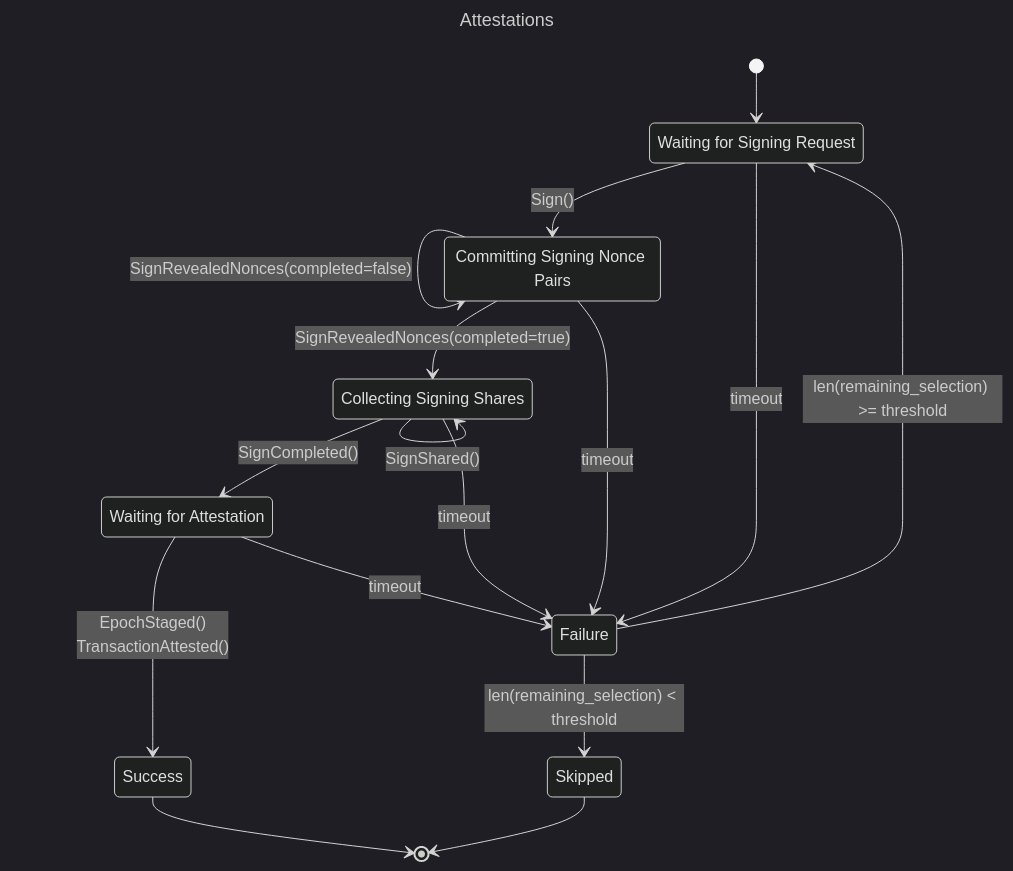
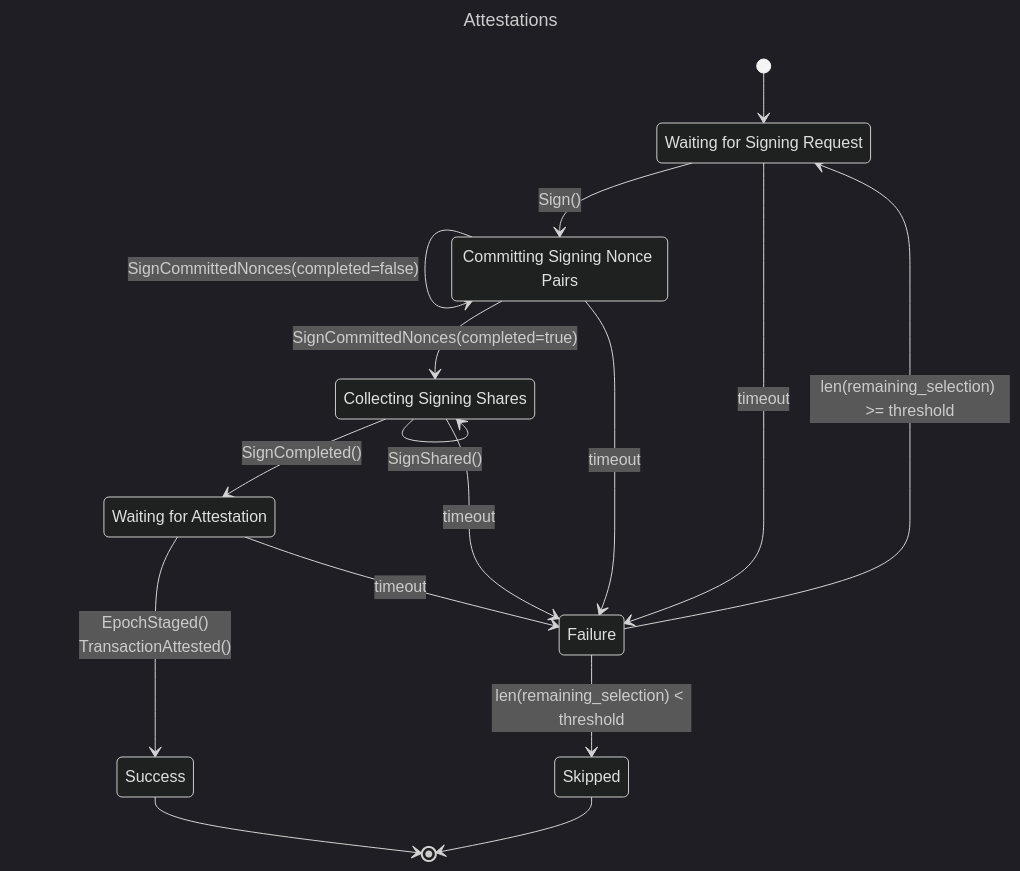
Before and after one commit to safe-research/safenet: the second of 2 diagrams in docs/overview.md, drawn with Mermaid (dark theme). The commit also changed other lines of this file and 6 other files, not shown here.

````diff
--- a/docs/overview.md
+++ b/docs/overview.md
@@ -156,35 +167,35 @@
 ```mermaid
 ---
 title: Attestations
 ---
 stateDiagram-v2
 	request : Waiting for Signing Request
 	commit_nonces : Committing Signing Nonce Pairs
 	share : Collecting Signing Shares
 	attest: Waiting for Attestation
 	failure : Failure
 	success : Success
 	skipped : Skipped
 
 	[*] --> request
 
 	request --> commit_nonces : Sign()
 	request --> failure : timeout
 
-	commit_nonces --> commit_nonces : SignRevealedNonces(completed=false)
-	commit_nonces --> share : SignRevealedNonces(completed=true)
+	commit_nonces --> commit_nonces : SignCommittedNonces(completed=false)
+	commit_nonces --> share : SignCommittedNonces(completed=true)
 	commit_nonces --> failure : timeout
 
 	share --> share : SignShared()
 	share --> attest : SignCompleted()
 	share --> failure : timeout
 
 	attest --> success : EpochStaged()<br>TransactionAttested()
 	attest --> failure : timeout
 
 	failure --> request : len(remaining_selection) >= threshold
 	failure --> skipped : len(remaining_selection) < threshold
 
 	success --> [*]
 	skipped --> [*]
 ```
````
